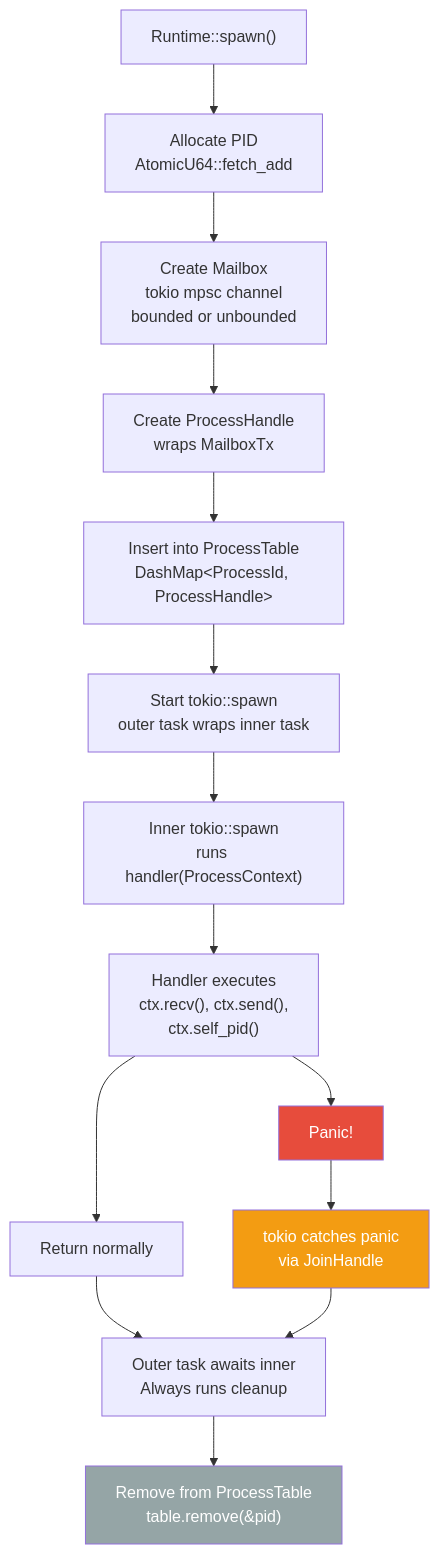
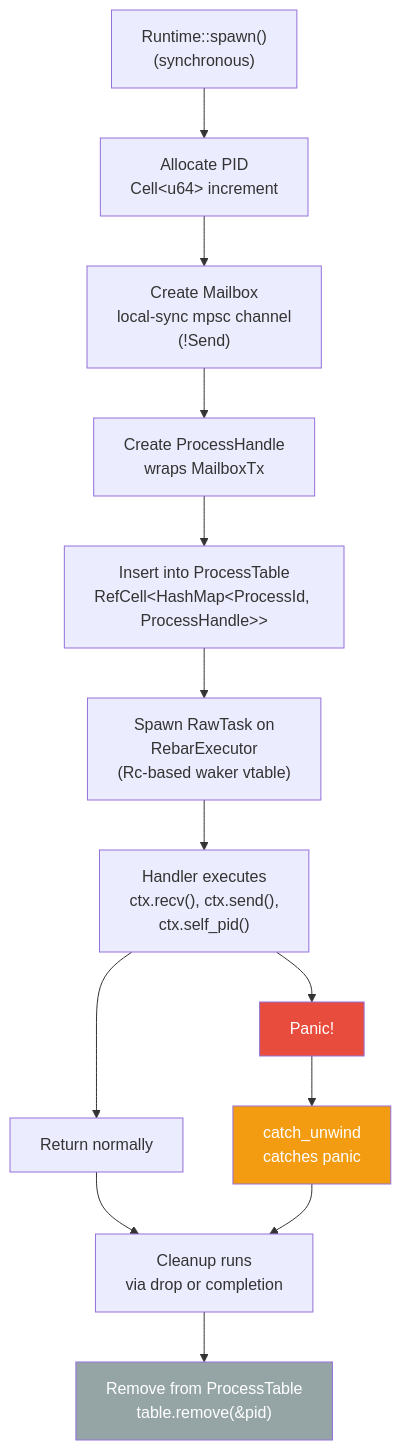
Before and after one commit to johnnyshields/rebar: the second of 14 diagrams in docs/architecture.md, drawn with Mermaid. The commit also changed other lines of this file and 15 other files, not shown here.

First line of the commit message:
Panic isolation for executor + fix all clippy warnings

````diff
--- a/docs/architecture.md
+++ b/docs/architecture.md
@@ -67,23 +79,22 @@
 ```mermaid
 flowchart TD
-    SPAWN["Runtime::spawn()"] --> ALLOC["Allocate PID<br>AtomicU64::fetch_add"]
-    ALLOC --> MBOX["Create Mailbox<br>tokio mpsc channel<br>bounded or unbounded"]
+    SPAWN["Runtime::spawn()<br>(synchronous)"] --> ALLOC["Allocate PID<br>Cell&lt;u64&gt; increment"]
+    ALLOC --> MBOX["Create Mailbox<br>local-sync mpsc channel<br>(!Send)"]
     MBOX --> HANDLE["Create ProcessHandle<br>wraps MailboxTx"]
-    HANDLE --> INSERT["Insert into ProcessTable<br>DashMap&lt;ProcessId, ProcessHandle&gt;"]
-    INSERT --> TASK["Start tokio::spawn<br>outer task wraps inner task"]
-    TASK --> INNER["Inner tokio::spawn<br>runs handler(ProcessContext)"]
-    INNER --> HANDLER["Handler executes<br>ctx.recv(), ctx.send(),<br>ctx.self_pid()"]
+    HANDLE --> INSERT["Insert into ProcessTable<br>RefCell&lt;HashMap&lt;ProcessId, ProcessHandle&gt;&gt;"]
+    INSERT --> TASK["Spawn RawTask on<br>RebarExecutor<br>(Rc-based waker vtable)"]
+    TASK --> HANDLER["Handler executes<br>ctx.recv(), ctx.send(),<br>ctx.self_pid()"]
 
     HANDLER --> NORMAL["Return normally"]
     HANDLER --> PANIC["Panic!"]
 
-    NORMAL --> CLEANUP["Outer task awaits inner<br>Always runs cleanup"]
-    PANIC --> CATCH["tokio catches panic<br>via JoinHandle"]
+    NORMAL --> CLEANUP["Cleanup runs<br>via drop or completion"]
+    PANIC --> CATCH["catch_unwind<br>catches panic"]
     CATCH --> CLEANUP
 
     CLEANUP --> REMOVE["Remove from ProcessTable<br>table.remove(&pid)"]
 
     style PANIC fill:#e74c3c,color:#fff
     style CATCH fill:#f39c12,color:#fff
     style REMOVE fill:#95a5a6,color:#fff
 ```
````
